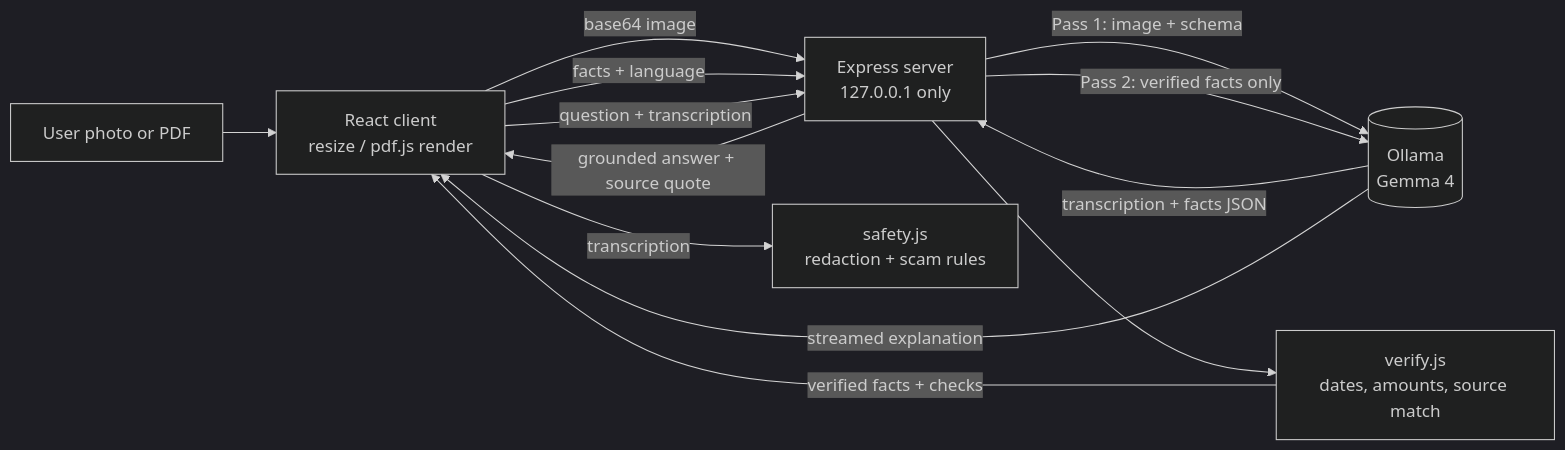
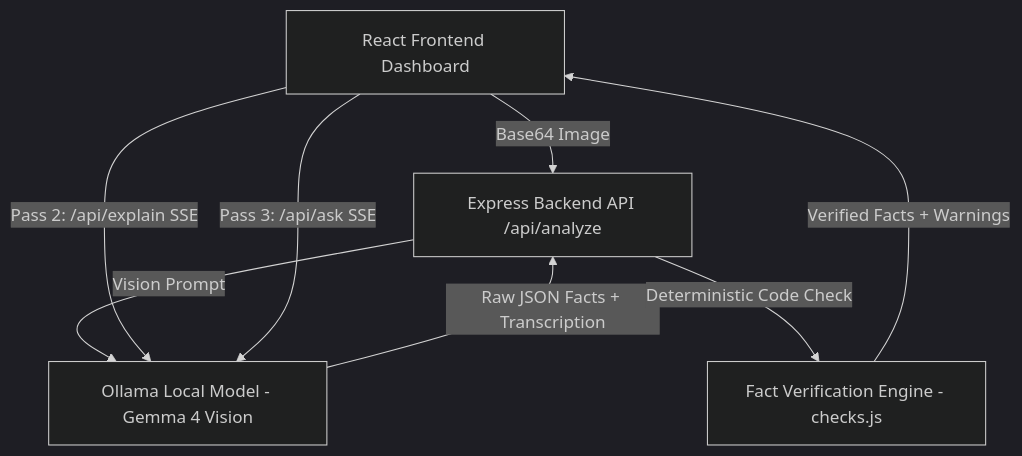
The diagram in README.md (hari2k7/DocSaathi), drawn with Mermaid (dark theme) before and after one commit. The commit also changed other lines of this file and 14 other files, not shown here.

````diff
--- a/README.md
+++ b/README.md
@@ -59,15 +45,10 @@
 ```mermaid
-flowchart LR
-    U[User photo or PDF] --> C[React client\nresize / pdf.js render]
-    C -->|base64 image| S[Express server\n127.0.0.1 only]
-    S -->|Pass 1: image + schema| O[(Ollama\nGemma 4)]
-    O -->|transcription + facts JSON| S
-    S --> V[verify.js\ndates, amounts, source match]
-    V -->|verified facts + checks| C
-    C -->|facts + language| S
-    S -->|Pass 2: verified facts only| O
-    O -->|streamed explanation| C
-    C -->|question + transcription| S
-    S -->|grounded answer + source quote| C
-    C -->|transcription| R[safety.js\nredaction + scam rules]
+graph TD
+    A[React Frontend Dashboard] -->|Base64 Image| B[Express Backend API /api/analyze]
+    B -->|Vision Prompt| C[Ollama Local Model - Gemma 4 Vision]
+    C -->|Raw JSON Facts + Transcription| B
+    B -->|Deterministic Code Check| D[Fact Verification Engine - checks.js]
+    D -->|Verified Facts + Warnings| A
+    A -->|Pass 2: /api/explain SSE| C
+    A -->|Pass 3: /api/ask SSE| C
 ```
````
